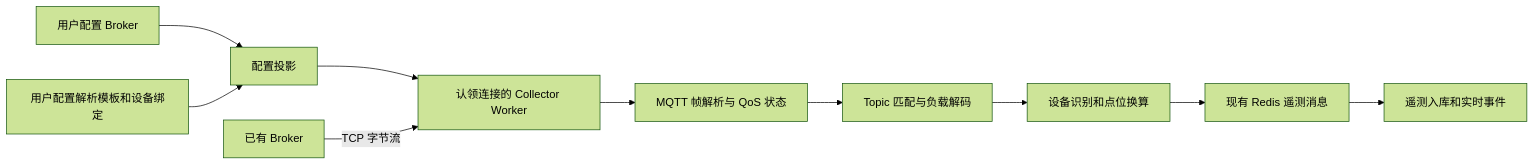
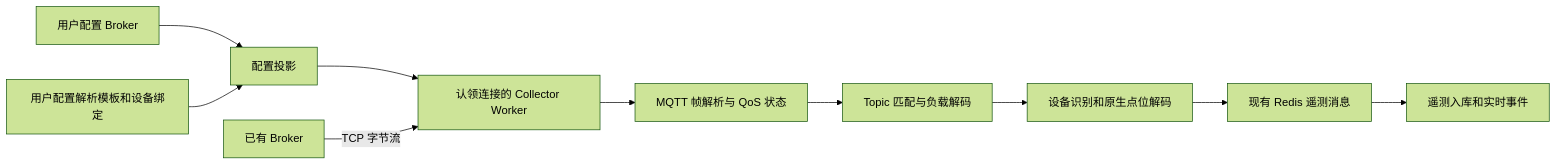
One commit to chuyu0504/IotEngine changed the diagram in docs/mqtt.md. Above: the diagram before and after it, drawn with Mermaid (forest theme). The commit also changed other lines of this file and 31 other files, not shown here.

````diff
--- a/docs/mqtt.md
+++ b/docs/mqtt.md
@@ -7,12 +7,12 @@
 ```mermaid
 flowchart LR
     A[用户配置 Broker] --> C[配置投影]
     B[用户配置解析模板和设备绑定] --> C
     C --> D[认领连接的 Collector Worker]
     E[已有 Broker] -->|TCP 字节流| D
     D --> F[MQTT 帧解析与 QoS 状态]
     F --> G[Topic 匹配与负载解码]
-    G --> H[设备识别和点位换算]
+    G --> H[设备识别和原生点位解码]
     H --> I[现有 Redis 遥测消息]
     I --> J[遥测入库和实时事件]
 ```
````
